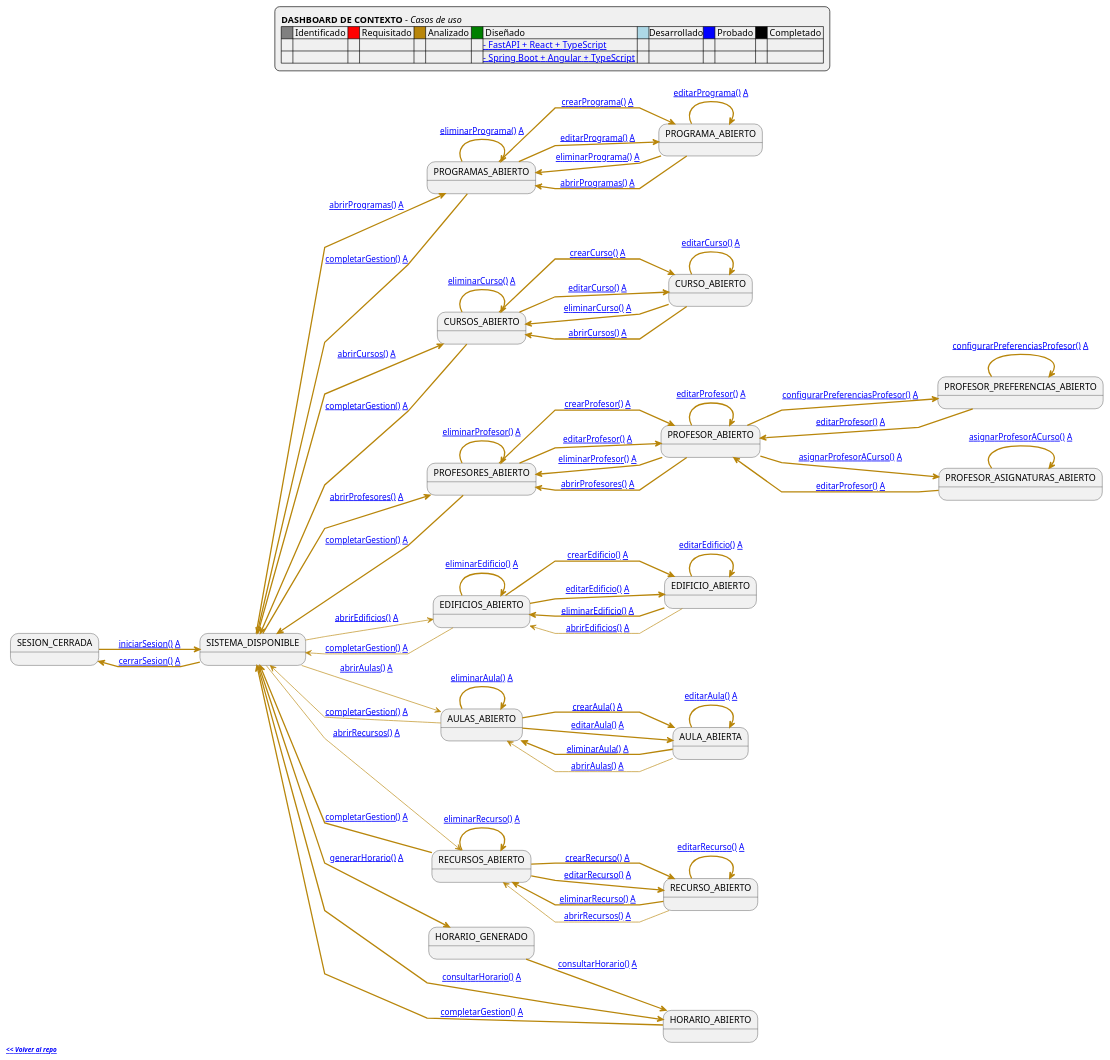
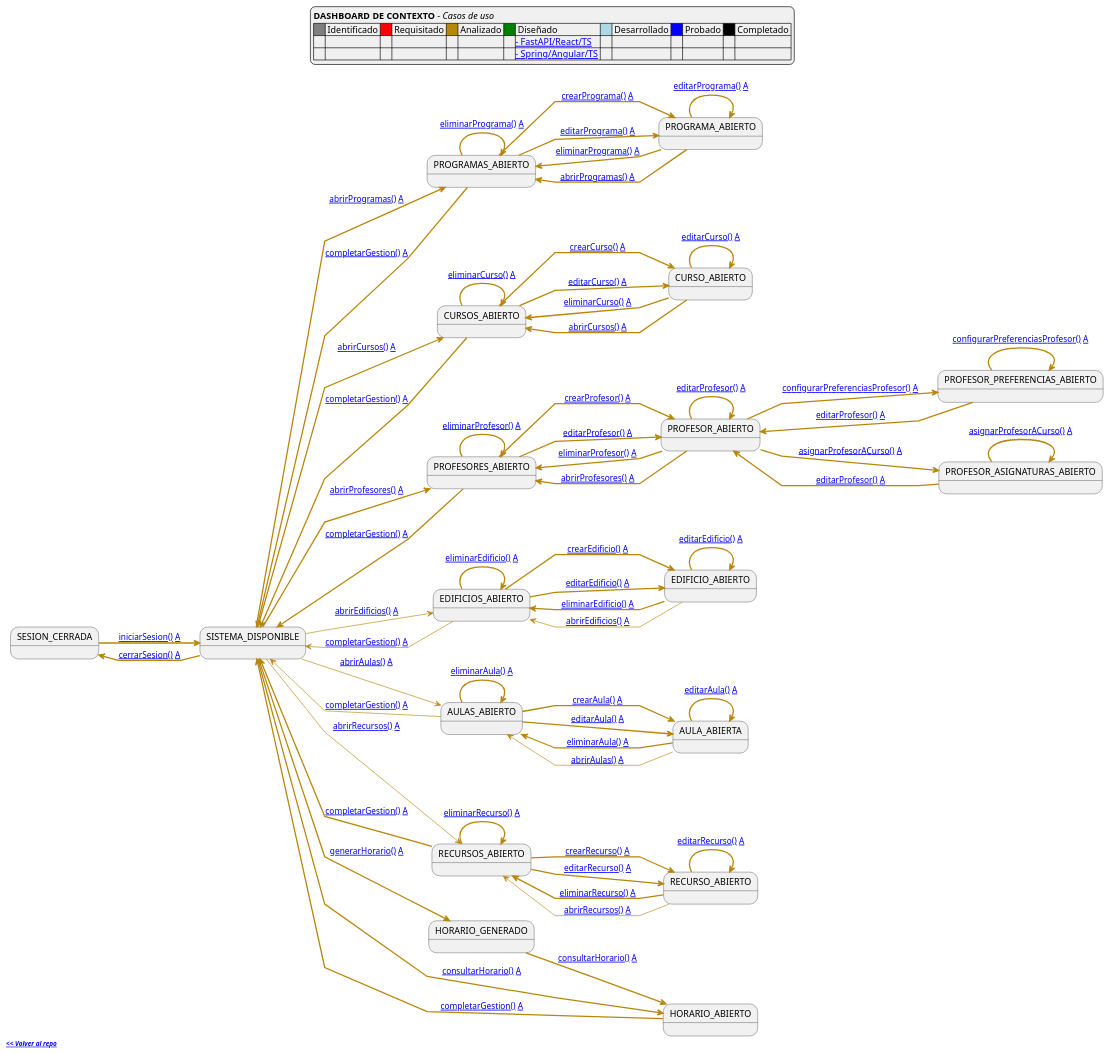
The diagram in RUP/99-seguimiento/diagrama-contexto-administrador.puml (mmasias/pySigHor), drawn with PlantUML before and after one commit. The commit also changed 1 other file, not shown here.

```diff
--- a/RUP/99-seguimiento/diagrama-contexto-administrador.puml
+++ b/RUP/99-seguimiento/diagrama-contexto-administrador.puml
@@ -7,7 +7,7 @@
 legend {
   BackGroundColor #f0f0f0;
   'Margin 30
-  Padding 10
+  'Padding 10
 }
 footer {
   HorizontalAlignment left
@@ -18,9 +18,9 @@
 legend top
     **DASHBOARD DE CONTEXTO** - <i>Casos de uso</i>
     '====
-    |<#gray>     | Identificado |<#red>     | Requisitado |<#darkgoldenrod>     | Analizado |<#green>     | Diseñado |<#lightblue>     |Desarrollado|<#blue>     | Probado |<#black>     | Completado |
-    | | | | | | | |[[https://raw.githubusercontent.com/mmasias/pySigHor/diseño-fastapi-react/images/RUP/99-seguimiento/diagrama-contexto-administrador.svg - FastAPI + React + TypeScript]] |
-    | | | | | | | |[[https://raw.githubusercontent.com/mmasias/pySigHor/diseño-spring-angular/images/RUP/99-seguimiento/diagrama-contexto-administrador.svg - Spring Boot + Angular + TypeScript]] |
+    |<#gray>     | Identificado |<#red>     | Requisitado |<#darkgoldenrod>     | Analizado |<#green>     | Diseñado |<#lightblue>     | Desarrollado |<#blue>     | Probado |<#black>     | Completado |
+    | | | | | | | |[[https://raw.githubusercontent.com/mmasias/pySigHor/diseño-fastapi-react/images/RUP/99-seguimiento/diagrama-contexto-administrador.svg - FastAPI/React/TS]] |
+    | | | | | | | |[[https://raw.githubusercontent.com/mmasias/pySigHor/diseño-spring-angular/images/RUP/99-seguimiento/diagrama-contexto-administrador.svg - Spring/Angular/TS]] |
     '====
     '[**nombreCasoUso()**] -> Especificación detallada / [**A**] -> Análisis MVC / [**D**] -> Diseño (disponible en ramas específicas)
     '====
```
